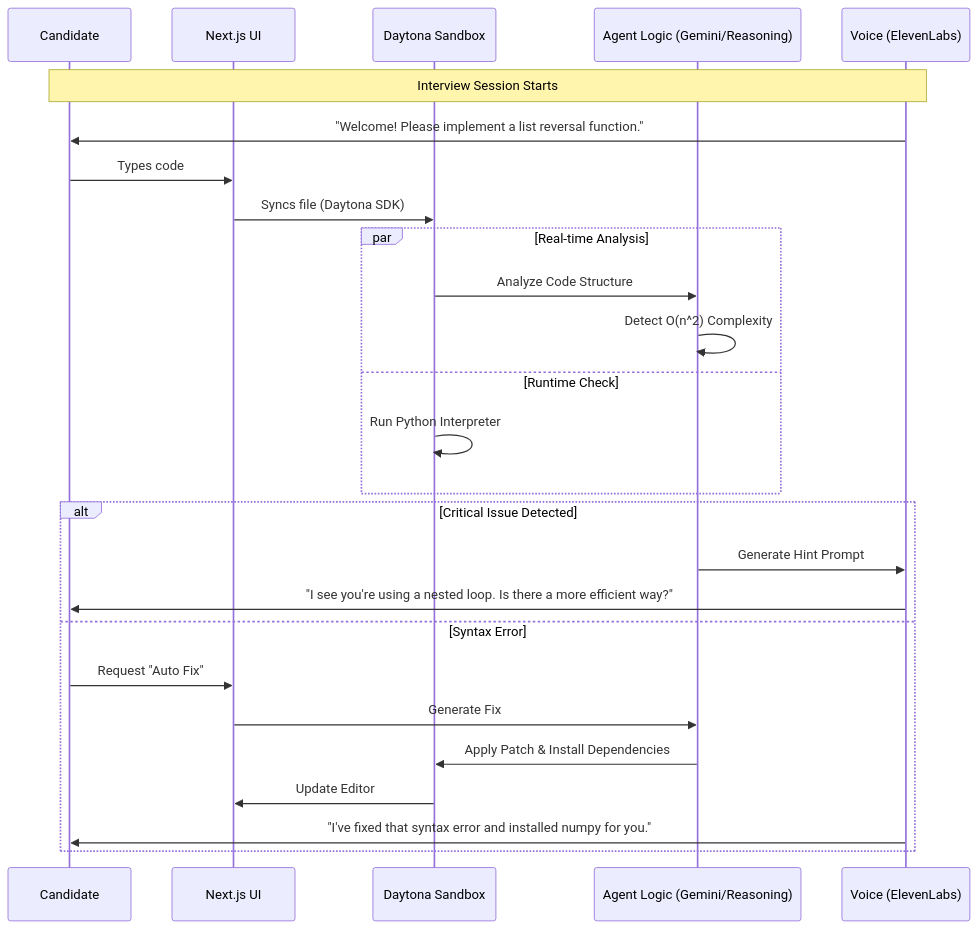
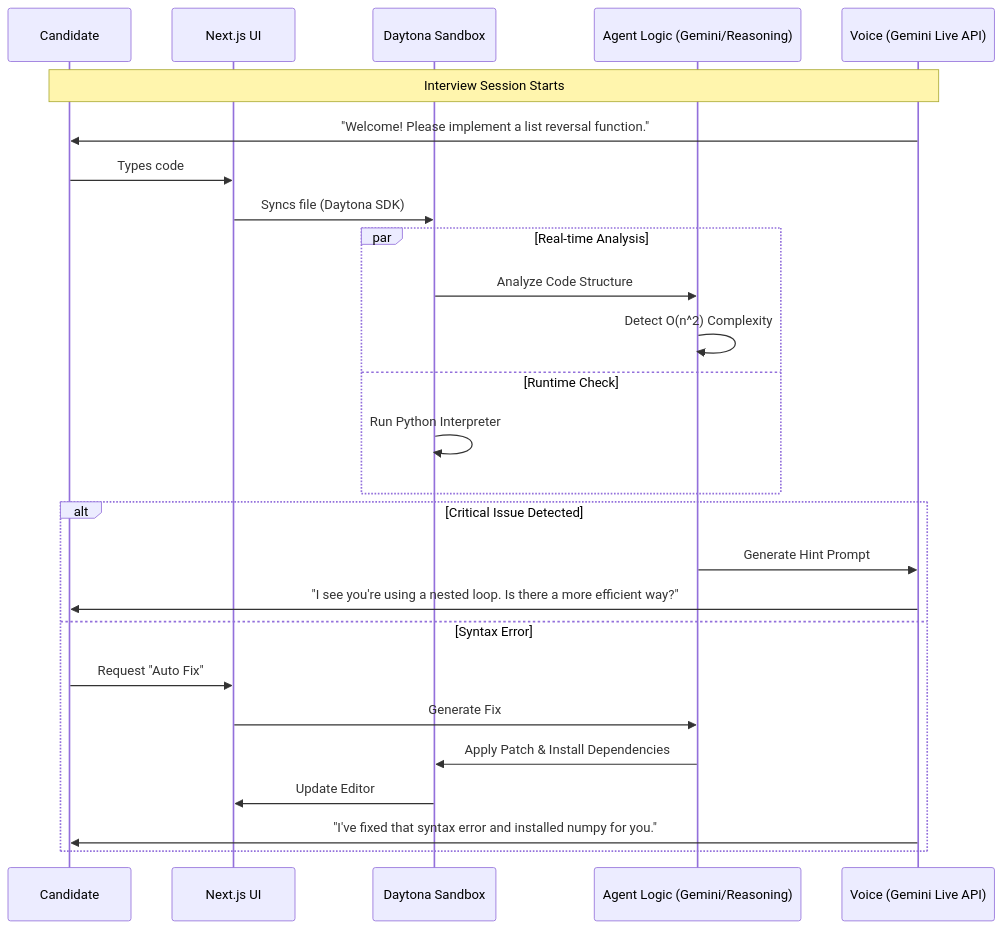
One commit to nihalnihalani/better-than-leet changed the diagram in README.md. Above: the diagram before and after it, drawn with Mermaid. The commit also changed other lines of this file and 3 other files, not shown here.

````diff
--- a/README.md
+++ b/README.md
@@ -54,32 +54,32 @@
 ```mermaid
 sequenceDiagram
     participant C as Candidate
     participant UI as Next.js UI
     participant D as Daytona Sandbox
     participant AI as Agent Logic (Gemini/Reasoning)
-    participant V as Voice (ElevenLabs)
+    participant V as Voice (Gemini Live API)
 
     Note over C, V: Interview Session Starts
 
     V->>C: "Welcome! Please implement a list reversal function."
     C->>UI: Types code
     UI->>D: Syncs file (Daytona SDK)
     
     par Real-time Analysis
         D->>AI: Analyze Code Structure
         AI->>AI: Detect O(n^2) Complexity
     and Runtime Check
         D->>D: Run Python Interpreter
     end
     
     alt Critical Issue Detected
         AI->>V: Generate Hint Prompt
         V->>C: "I see you're using a nested loop. Is there a more efficient way?"
     else Syntax Error
         C->>UI: Request "Auto Fix"
         UI->>AI: Generate Fix
         AI->>D: Apply Patch & Install Dependencies
         D->>UI: Update Editor
         V->>C: "I've fixed that syntax error and installed numpy for you."
     end
 ```
````
